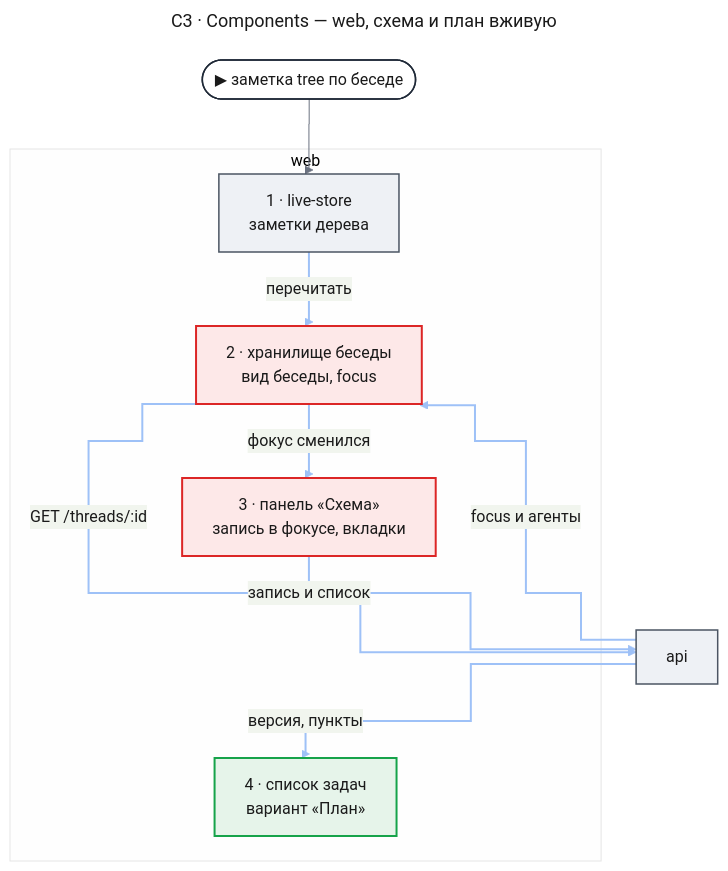
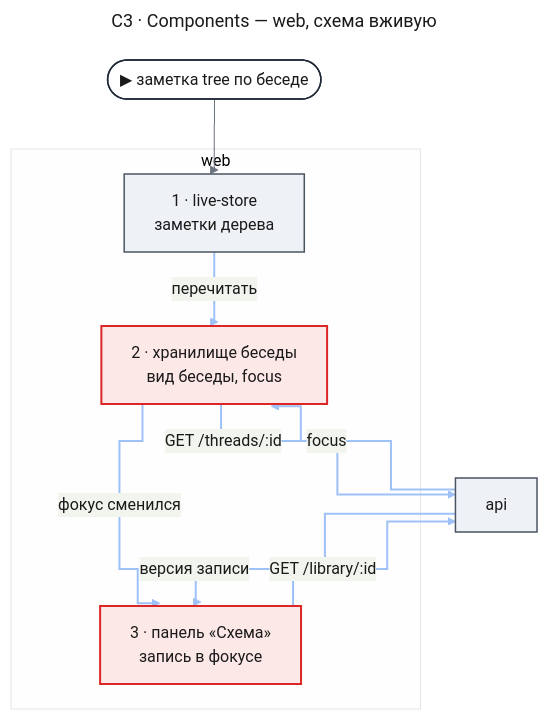
Before and after one commit to tundraray/agent-os: the third of 5 diagrams in docs/features/deep-agents/design-agent-types.md, drawn with Mermaid. The commit also changed other lines of this file and 7 other files, not shown here.

Commit message:
docs(deep-agents): reduce the part designs and ADR-0021 to the target architecture

````diff
--- a/docs/features/deep-agents/design-agent-types.md
+++ b/docs/features/deep-agents/design-agent-types.md
@@ -393,54 +260,51 @@
 ```mermaid
 ---
-title: "C3 · Components — web, схема и план вживую"
+title: "C3 · Components — web, схема вживую"
 config:
   theme: base
   look: classic
   themeVariables:
     primaryColor: "#eef1f5"
     primaryBorderColor: "#4b5563"
     primaryTextColor: "#1a1a1a"
     lineColor: "#6b7280"
   flowchart:
     curve: step
   themeCSS: |
     @keyframes litr_at3c{0%,15%{stroke:#1d4ed8;stroke-width:6px}16.7%,100%{stroke:#9ec1f7;stroke-width:2px}}
 ---
 flowchart TB
     entry(["▶ заметка tree по беседе"])
     subgraph webBox["web"]
         live["1 · live-store<br/>заметки дерева"]
         feed["2 · хранилище беседы<br/>вид беседы, focus"]
-        panel["3 · панель «Схема»<br/>запись в фокусе, вкладки"]
-        list["4 · список задач<br/>вариант «План»"]
+        panel["3 · панель «Схема»<br/>запись в фокусе"]
     end
     api["api"]
     entry --> live
     live e1@-->|"перечитать"| feed
     feed e2@-->|"GET /threads/:id"| api
-    api e3@-->|"focus и агенты"| feed
+    api e3@-->|"focus"| feed
     feed e4@-->|"фокус сменился"| panel
-    panel e5@-->|"запись и список"| api
-    api e6@-->|"версия, пункты"| list
+    panel e5@-->|"GET /library/:id"| api
+    api e6@-->|"версия записи"| panel
     classDef entry fill:#ffffff,stroke:#1f2937,stroke-width:1.5px,color:#1a1a1a
     classDef changed fill:#fde8e8,stroke:#dc2626,stroke-width:2px,color:#1a1a1a
     classDef new fill:#e6f4ea,stroke:#16a34a,stroke-width:2px,color:#1a1a1a
     classDef unchanged fill:#eef1f5,stroke:#4b5563,stroke-width:1.5px,color:#1a1a1a
     classDef r1 stroke:#9ec1f7,stroke-width:2px,animation:litr_at3c 7.2s linear 0s infinite
     classDef r2 stroke:#9ec1f7,stroke-width:2px,animation:litr_at3c 7.2s linear 1.2s infinite
     classDef r3 stroke:#9ec1f7,stroke-width:2px,animation:litr_at3c 7.2s linear 2.4s infinite
     classDef r4 stroke:#9ec1f7,stroke-width:2px,animation:litr_at3c 7.2s linear 3.6s infinite
     classDef r5 stroke:#9ec1f7,stroke-width:2px,animation:litr_at3c 7.2s linear 4.8s infinite
     classDef r6 stroke:#9ec1f7,stroke-width:2px,animation:litr_at3c 7.2s linear 6s infinite
     class entry entry
-    class live unchanged
+    class live,api unchanged
     class feed,panel changed
-    class list new
-    class api unchanged
     class e1 r1
     class e2 r2
     class e3 r3
     class e4 r4
     class e5 r5
     class e6 r6
 ```
````
